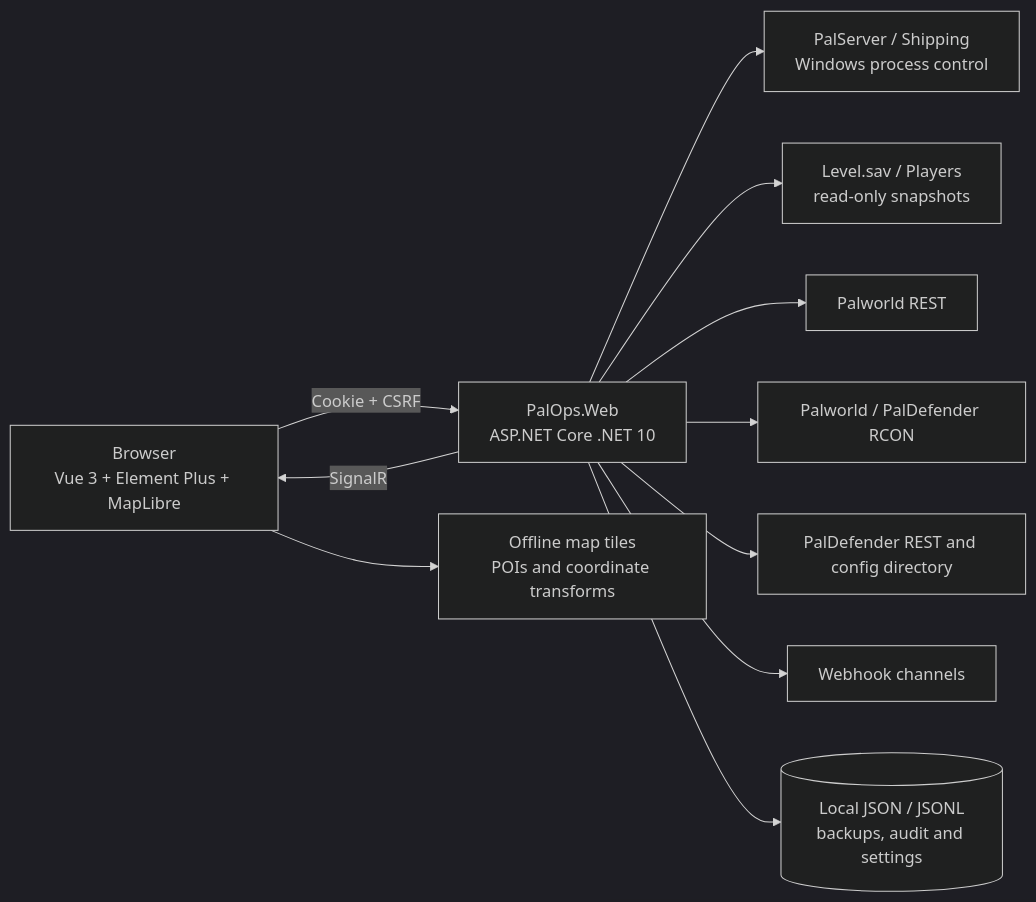
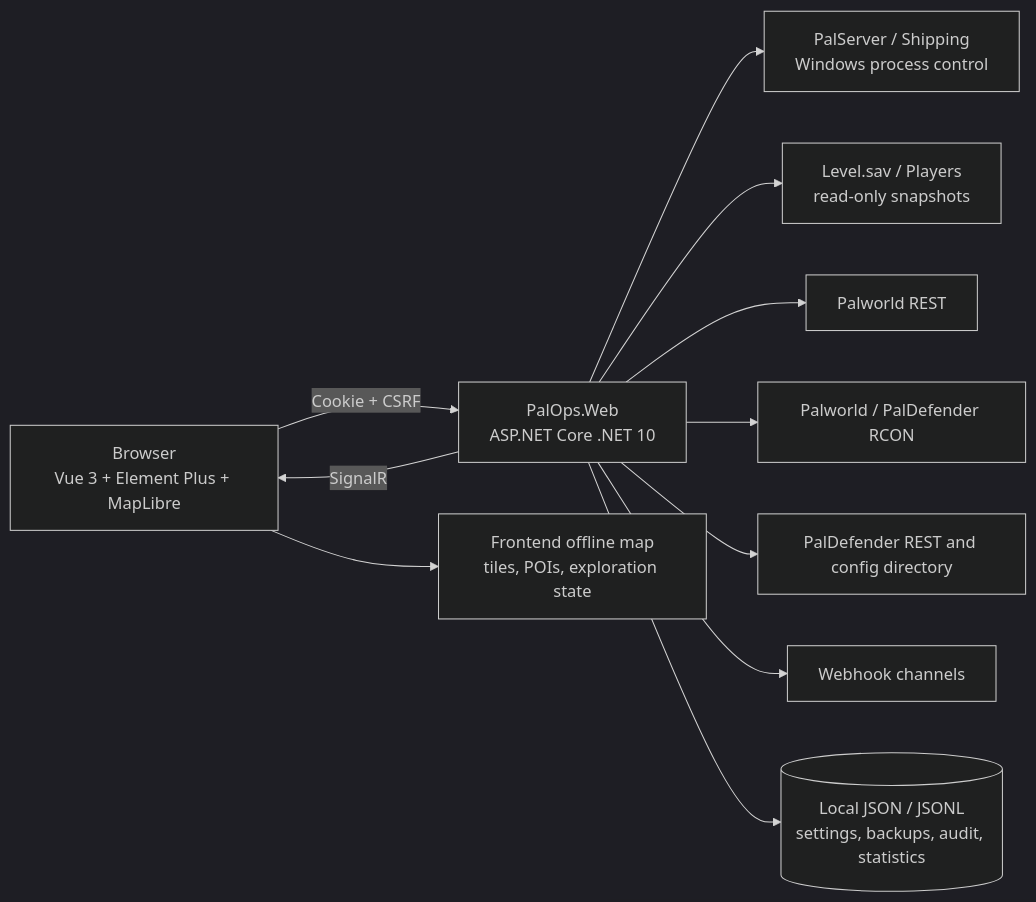
The second of 2 diagrams in README.en.md (CoderYiXin/PalOpsWeb), drawn with Mermaid (dark theme) before and after one commit. The commit also changed other lines of this file and 186 other files, not shown here.

````diff
--- a/README.en.md
+++ b/README.en.md
@@ -148,13 +219,19 @@
 ```mermaid
 flowchart LR
-    Browser[Browser\nVue 3 + Element Plus + MapLibre] -->|Cookie + CSRF| Web[PalOps.Web\nASP.NET Core .NET 10]
+    Browser[Browser
+Vue 3 + Element Plus + MapLibre] -->|Cookie + CSRF| Web[PalOps.Web
+ASP.NET Core .NET 10]
     Web -->|SignalR| Browser
-    Web --> Runtime[PalServer / Shipping\nWindows process control]
-    Web --> Save[Level.sav / Players\nread-only snapshots]
+    Web --> Runtime[PalServer / Shipping
+Windows process control]
+    Web --> Save[Level.sav / Players
+read-only snapshots]
     Web --> PalREST[Palworld REST]
     Web --> RCON[Palworld / PalDefender RCON]
     Web --> Defender[PalDefender REST and config directory]
     Web --> Notify[Webhook channels]
-    Web --> Data[(Local JSON / JSONL\nbackups, audit and settings)]
-    Browser --> Map[Offline map tiles\nPOIs and coordinate transforms]
+    Web --> Data[(Local JSON / JSONL
+settings, backups, audit, statistics)]
+    Browser --> Map[Frontend offline map
+tiles, POIs, exploration state]
 ```
````
